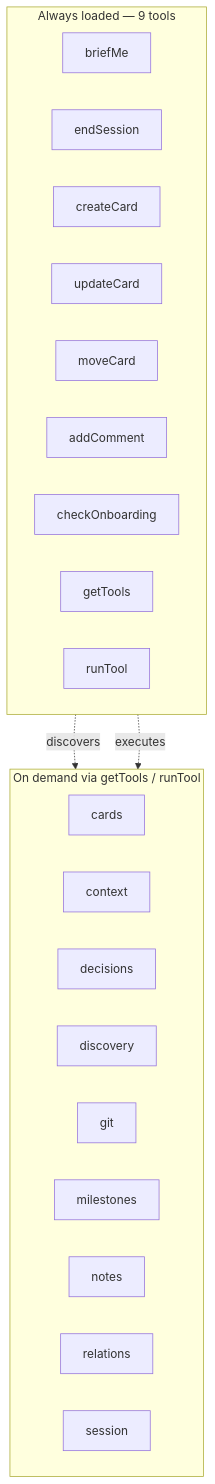
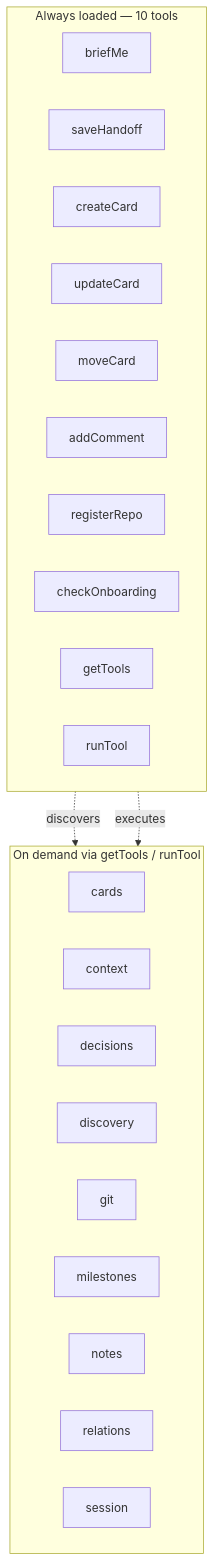
One commit to 2nspired/project-tracker changed the second of 2 diagrams in docs-site/src/content/docs/why.mdx. Above: the diagram before and after it, drawn with Mermaid. The commit also changed other lines of this file and 16 other files, not shown here.

First line of the commit message:
docs: rewrite narrative for saveHandoff rename (#151)

````diff
--- a/docs-site/src/content/docs/why.mdx
+++ b/docs-site/src/content/docs/why.mdx
@@ -61,29 +61,30 @@
 ```mermaid
 flowchart TB
-	subgraph Essential[Always loaded — 9 tools]
+	subgraph Essential[Always loaded — 10 tools]
 		direction LR
 		E1[briefMe]
-		E2[endSession]
+		E2[saveHandoff]
 		E3[createCard]
 		E4[updateCard]
 		E5[moveCard]
 		E6[addComment]
-		E7[checkOnboarding]
-		E8[getTools]
-		E9[runTool]
+		E7[registerRepo]
+		E8[checkOnboarding]
+		E9[getTools]
+		E10[runTool]
 	end
 	subgraph Extended[On demand via getTools / runTool]
 		direction LR
 		X1[cards]
 		X2[context]
 		X3[decisions]
 		X4[discovery]
 		X5[git]
 		X6[milestones]
 		X7[notes]
 		X8[relations]
 		X9[session]
 	end
 	E8 -.discovers.-> Extended
 	E9 -.executes.-> Extended
 ```
````
